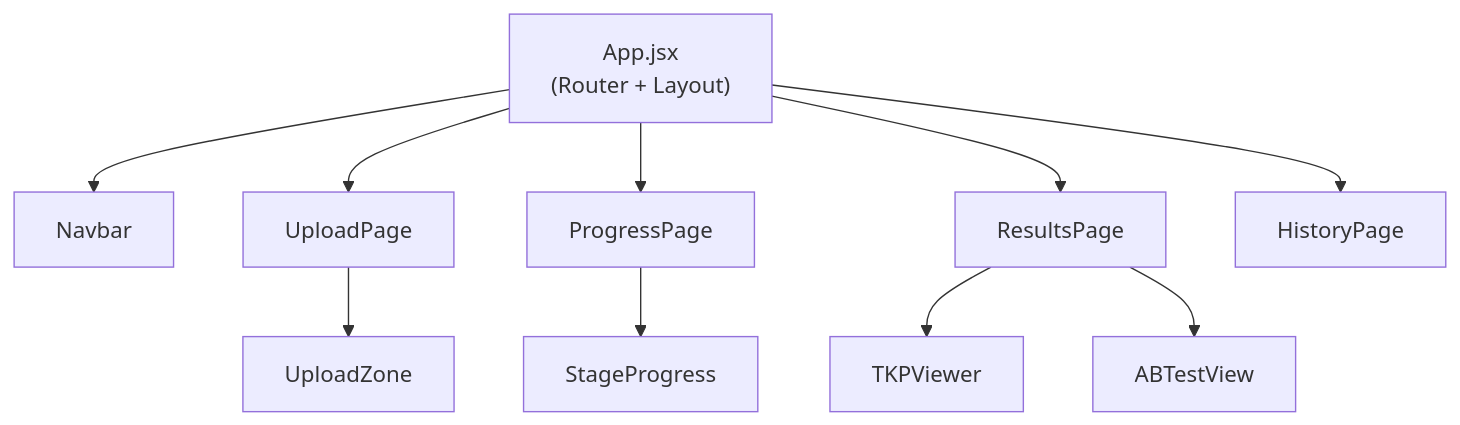
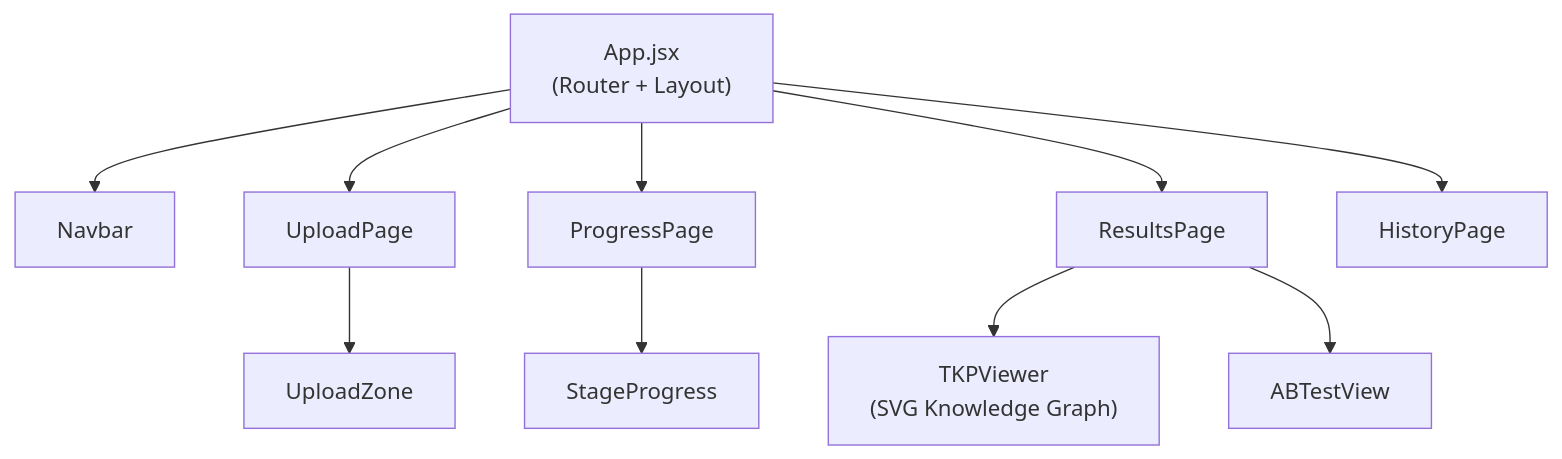
The sixth of 6 diagrams in DESIGN_DOCUMENT.md (EhsaasBhalla/IIT-Mandi), drawn with Mermaid before and after one commit. The commit also changed other lines of this file, not shown here.

````diff
--- a/DESIGN_DOCUMENT.md
+++ b/DESIGN_DOCUMENT.md
@@ -560,24 +580,24 @@
 ```mermaid
 graph TD
     App["App.jsx<br/>(Router + Layout)"]
     NB["Navbar"]
     UP["UploadPage"]
     PP["ProgressPage"]
     RP["ResultsPage"]
     HP["HistoryPage"]
     UZ["UploadZone"]
     SP["StageProgress"]
-    TV["TKPViewer"]
+    TV["TKPViewer<br/>(SVG Knowledge Graph)"]
     AB["ABTestView"]
 
     App --> NB
     App --> UP
     App --> PP
     App --> RP
     App --> HP
 
     UP --> UZ
     PP --> SP
     RP --> TV
     RP --> AB
 ```
````
